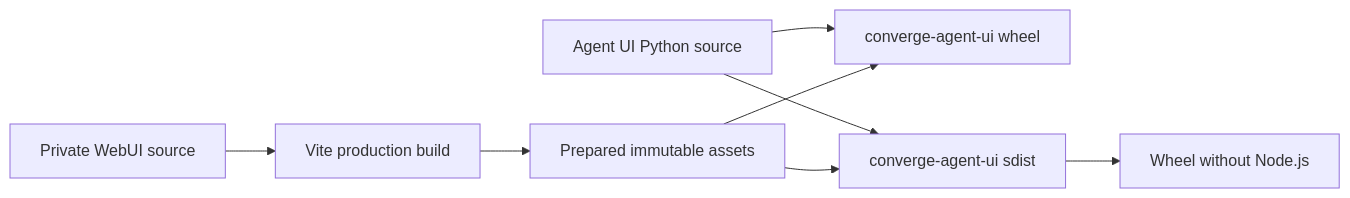
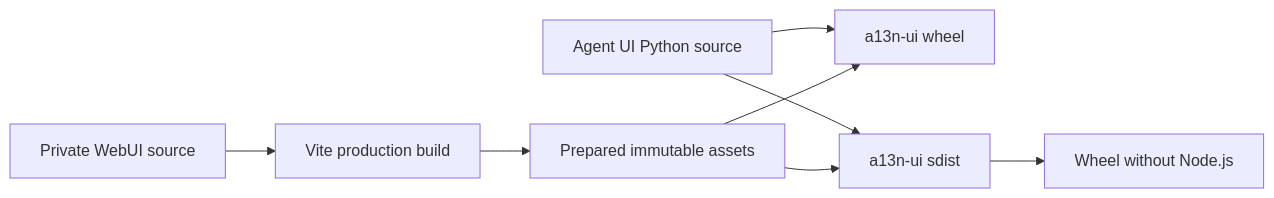
The fifth of 5 diagrams in spec/agent-ui/05-runtime-subagents-and-surfaces.md (LTThreeComma/agent-foundation), drawn with Mermaid before and after one commit. The commit also changed other lines of this file and 563 other files, not shown here.

````diff
--- a/spec/agent-ui/05-runtime-subagents-and-surfaces.md
+++ b/spec/agent-ui/05-runtime-subagents-and-surfaces.md
@@ -403,9 +403,9 @@
 ```mermaid
 flowchart LR
     Source[Private WebUI source] --> Build[Vite production build]
     Build --> Static[Prepared immutable assets]
-    Python[Agent UI Python source] --> Wheel[converge-agent-ui wheel]
+    Python[Agent UI Python source] --> Wheel[a13n-ui wheel]
     Static --> Wheel
-    Python & Static --> Sdist[converge-agent-ui sdist]
+    Python & Static --> Sdist[a13n-ui sdist]
     Sdist --> Rebuilt[Wheel without Node.js]
 ```
````
